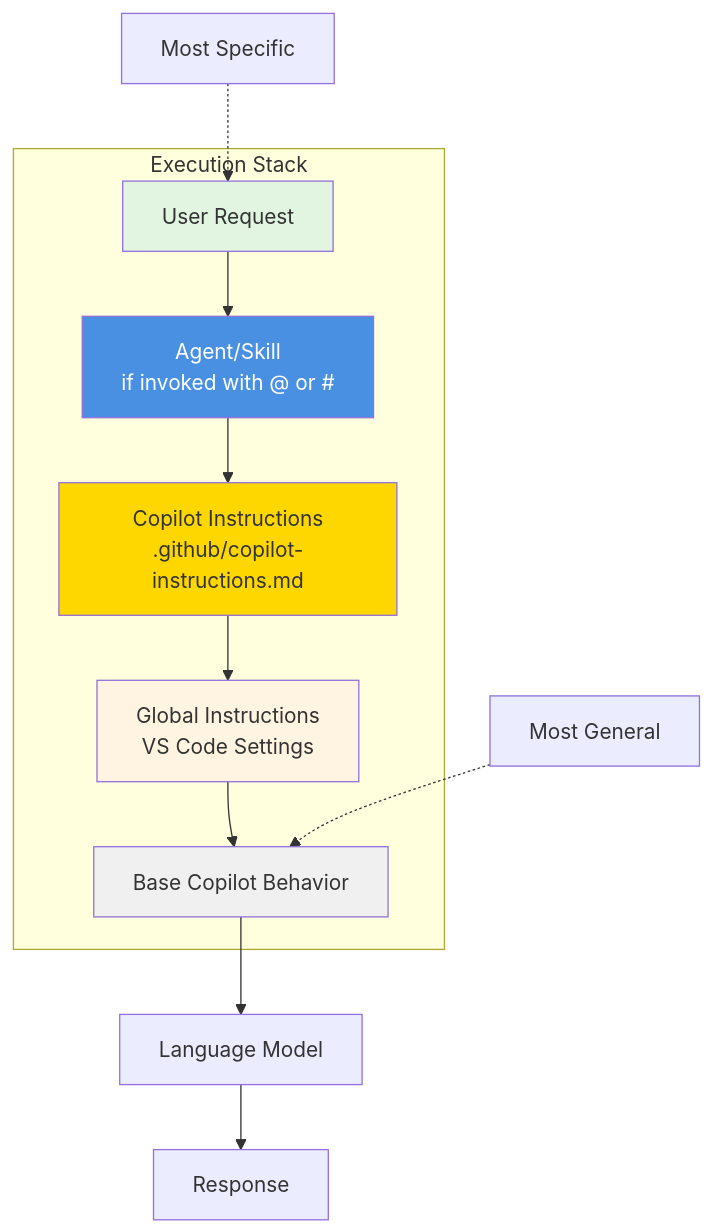
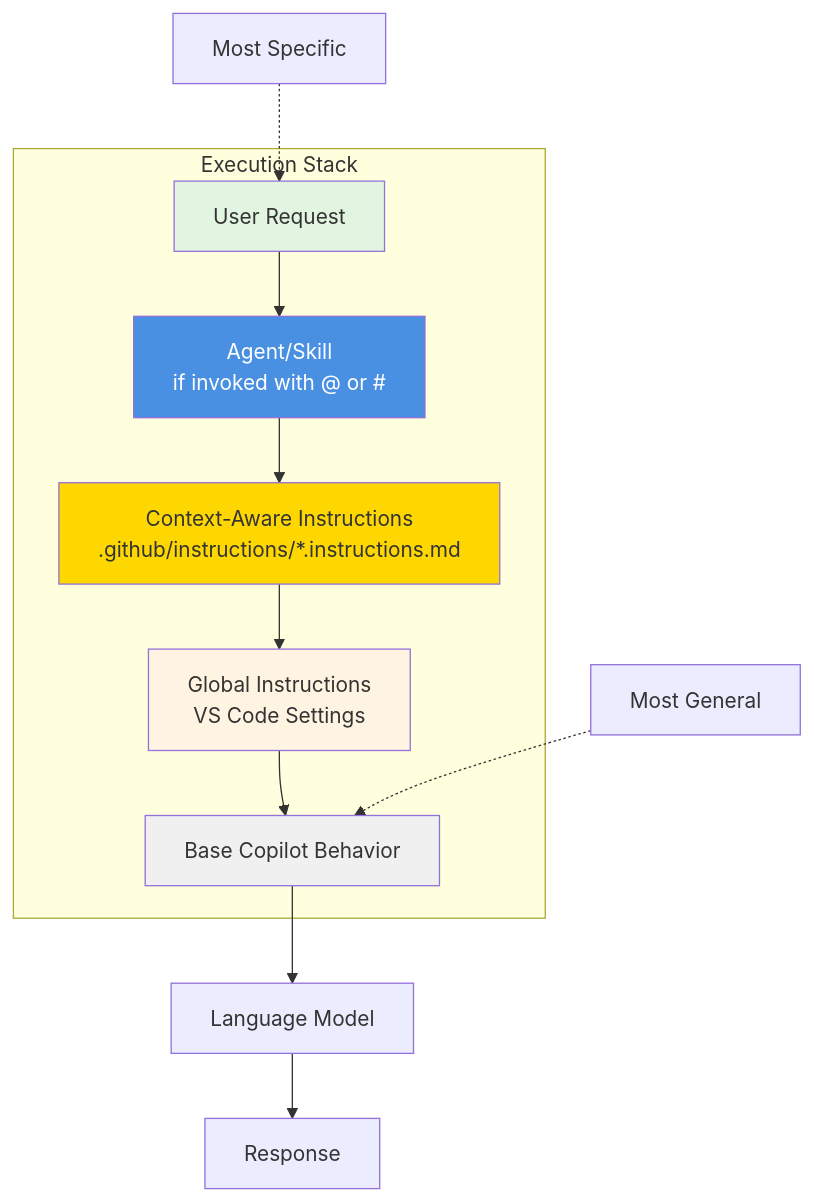
The third of 16 diagrams in docs/design/diagrams/agent-vs-instructions-vs-prompts.md (mcollier/ai-coding-workshop), drawn with Mermaid before and after one commit. The commit also changed other lines of this file and 14 other files, not shown here.

````diff
--- a/docs/design/diagrams/agent-vs-instructions-vs-prompts.md
+++ b/docs/design/diagrams/agent-vs-instructions-vs-prompts.md
@@ -84,26 +84,26 @@
 ```mermaid
 graph TB
     subgraph "Execution Stack"
         Request[User Request]
         Agent[Agent/Skill<br/>if invoked with @ or #]
-        Instructions[Copilot Instructions<br/>.github/copilot-instructions.md]
+        Instructions[Context-Aware Instructions<br/>.github/instructions/*.instructions.md]
         Global[Global Instructions<br/>VS Code Settings]
         Base[Base Copilot Behavior]
     end
     
     Request --> Agent
     Agent --> Instructions
     Instructions --> Global
     Global --> Base
     Base --> LLM[Language Model]
     LLM --> Response[Response]
     
     style Request fill:#e1f5e1
     style Agent fill:#4a90e2,color:#fff
     style Instructions fill:#ffd700
     style Global fill:#fff4e1
     style Base fill:#f0f0f0
     
     Note1[Most Specific] -.-> Request
     Note2[Most General] -.-> Base
 ```
````
